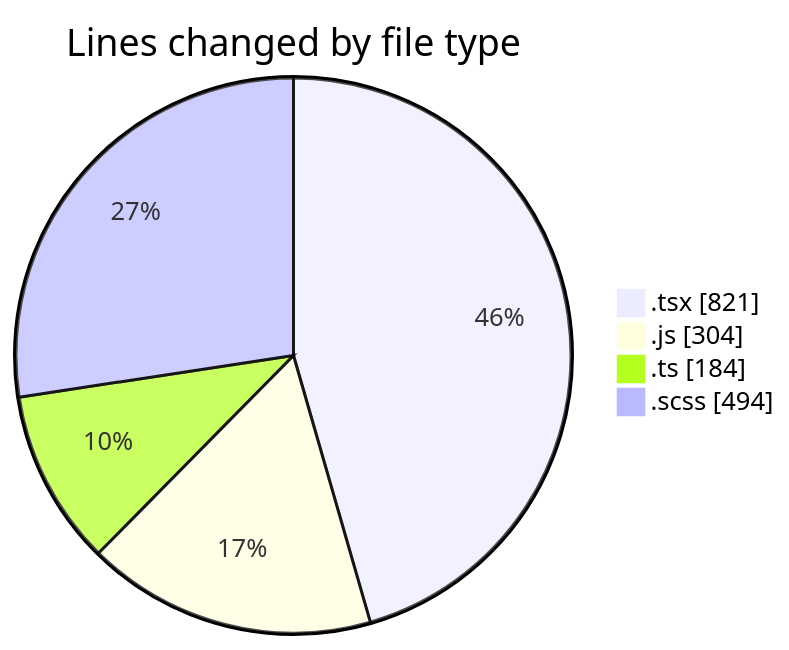
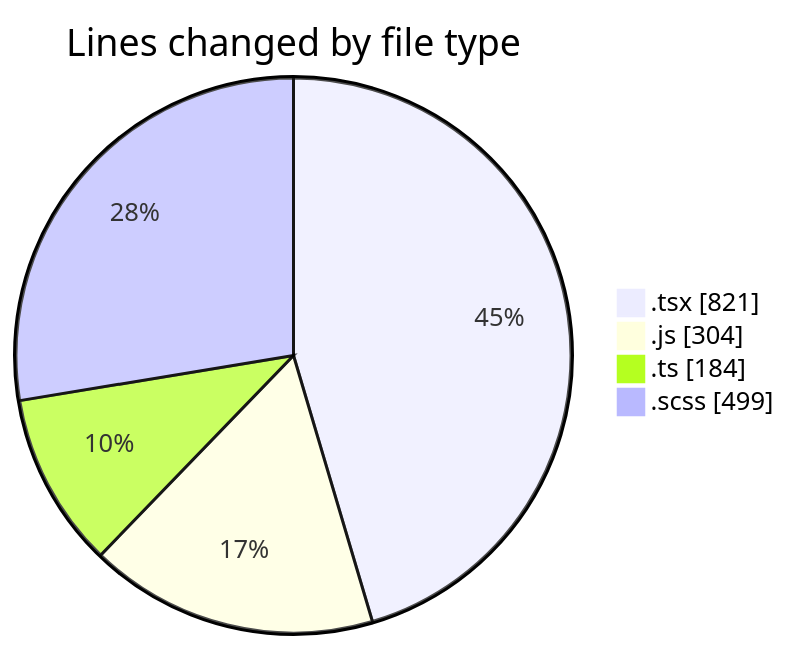
Before and after one commit to momahboobian/code-tracking: the first of 2 diagrams in 2025-02-26/cda/README.md, drawn with Mermaid. The commit also changed other lines of this file and 1 other file, not shown here.

````diff
--- a/2025-02-26/cda/README.md
+++ b/2025-02-26/cda/README.md
@@ -37,8 +37,8 @@
 ```mermaid
 pie showData
 title Lines changed by file type
 ".tsx" : 821
 ".js" : 304
 ".ts" : 184
-".scss" : 494
+".scss" : 499
 ```
````
